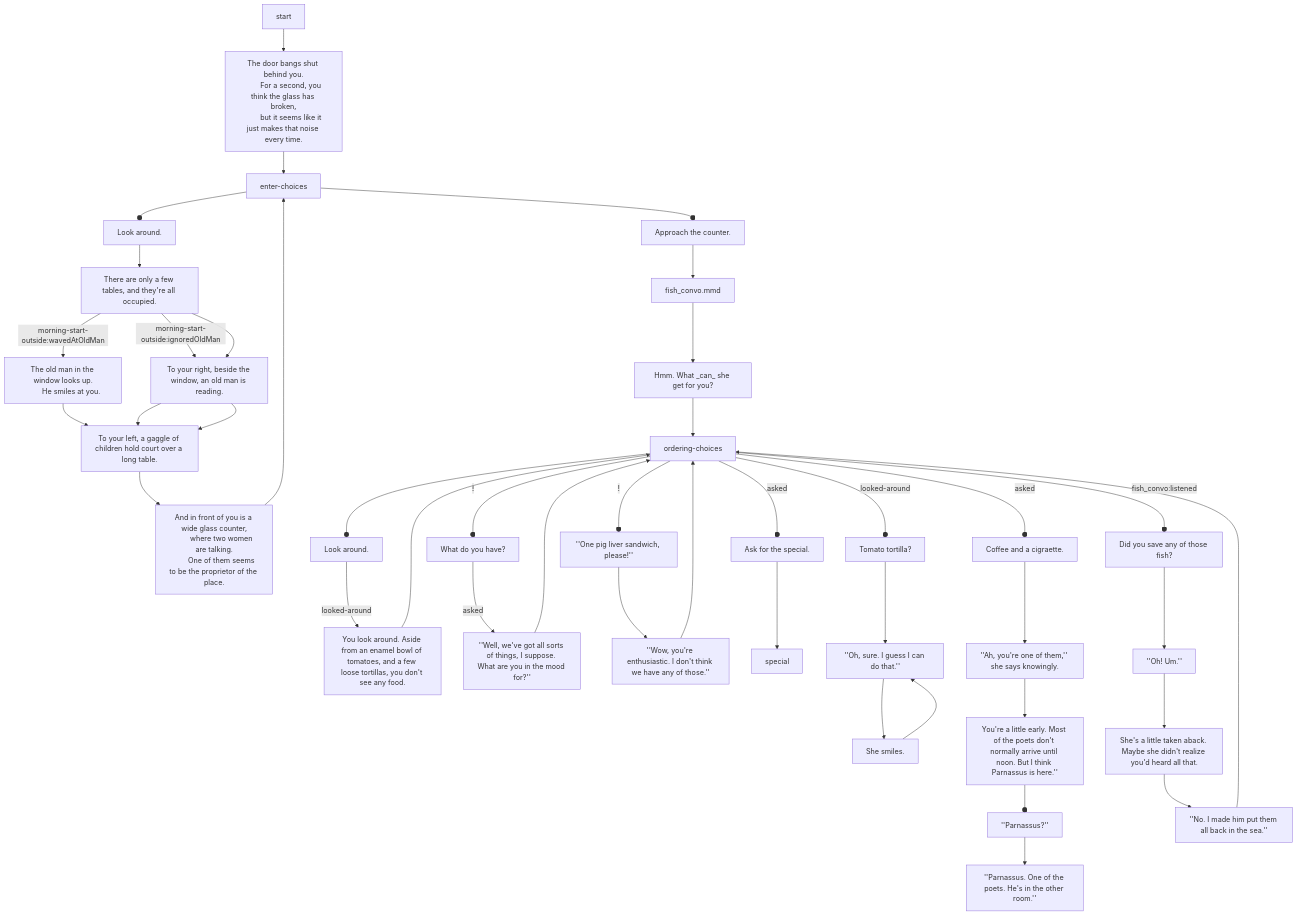
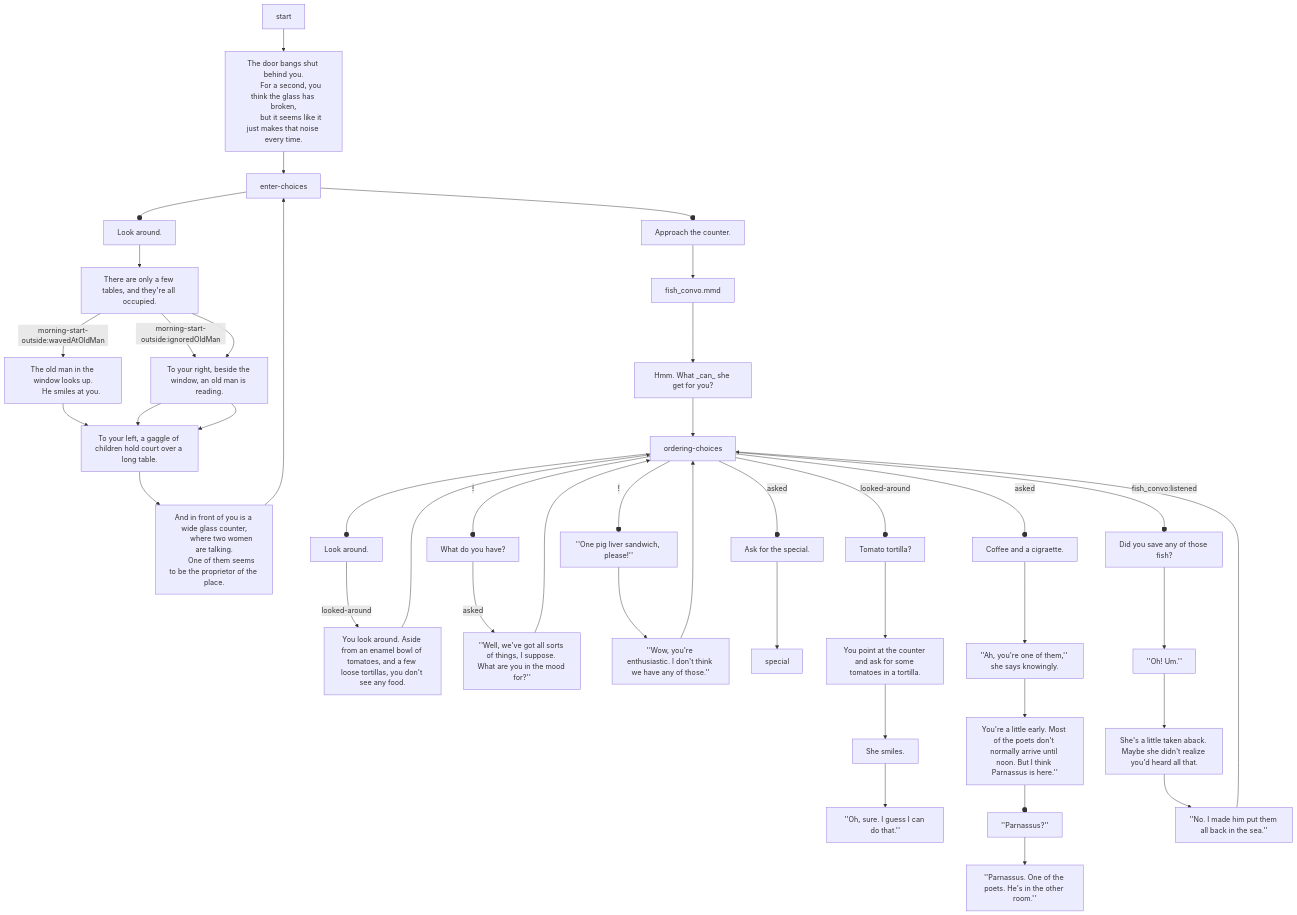
One commit to probablyduncan/cafe changed the diagram in src/assets/scenes/morning-ordering.mmd. Above: the diagram before and after it, drawn with Mermaid. The commit also changed 4 other files, not shown here.

```diff
--- a/src/assets/scenes/morning-ordering.mmd
+++ b/src/assets/scenes/morning-ordering.mmd
@@ -1,48 +1,48 @@
 flowchart TD
 
     start --> a[
         The door bangs shut behind you.
         For a second, you think the glass has broken,
         but it seems like it just makes that noise every time.
     ] --> enter-choices
 
     enter-choices --o a1[Look around.] --> b
     enter-choices --o a2[Approach the counter.] --> fish_convo.mmd
 
     b[There are only a few tables, and they're all occupied.]
     
     b --> |morning-start-outside:wavedAtOldMan| ba[
         The old man in the window looks up.
         He smiles at you.
     ] --> c
 
     b --> |morning-start-outside:ignoredOldMan| bb[
         The old man in the window looks up at you,
         his eyebrows raised.
     ] --> c
 
     b --> bb[
         To your right, beside the window, an old man is reading.
     ] --> c
 
     c[To your left, a gaggle of children hold court over a long table.]
     --> d[
         And in front of you is a wide glass counter,
         where two women are talking.
         One of them seems to be the proprietor of the place.
     ] --> enter-choices
 
     fish_convo.mmd --> fc[Hmm. What _can_ she get for you?] --> ordering-choices
 
     ordering-choices --o o1[Look around.] -- looked-around --> look-around[You look around. Aside from an enamel bowl of tomatoes, and a few loose tortillas, you don't see any food.] --> ordering-choices
     ordering-choices -- ! --o o2[What do you have?] -- asked--> ask-her[''Well, we've got all sorts of things, I suppose. What are you in the mood for?''] --> ordering-choices
     ordering-choices -- ! --o o3[''One pig liver sandwich, please!''] --> liver[''Wow, you're enthusiastic. I don't think we have any of those.''] --> ordering-choices
     ordering-choices -- asked --o o4[Ask for the special.] --> special
-    ordering-choices -- looked-around --o o5[Tomato tortilla?] --> tom-tot[You point at the counter and ask for some tomatoes in a tortilla.] --> tom-tot2[She smiles.] --> tom-tot[''Oh, sure. I guess I can do that.'']
+    ordering-choices -- looked-around --o o5[Tomato tortilla?] --> tom-tot[You point at the counter and ask for some tomatoes in a tortilla.] --> tom-tot2[She smiles.] --> tom-tot3[''Oh, sure. I guess I can do that.'']
     ordering-choices -- asked --o o6[Coffee and a cigraette.] --> french-breakfast[''Ah, you're one of them,'' she says knowingly.] --> fb2[You're a little early. Most of the poets don't normally arrive until noon. But I think Parnassus is here.''] --o fb3[''Parnassus?''] --> fb4[''Parnassus. One of the poets. He's in the other room.'']
     ordering-choices -- fish_convo:listened --o o7[Did you save any of those fish?] --> fish[''Oh! Um.''] --> fish2[She's a little taken aback. Maybe she didn't realize you'd heard all that.] --> fish3[''No. I made him put them all back in the sea.''] --> ordering-choices
 
 
     %% once you've ordered, you have to choose where to sit.
     %% and I have to make it really easy to go take your food outside and be alone.
     %% but difficult/rewarding to sit down with some rando
```
